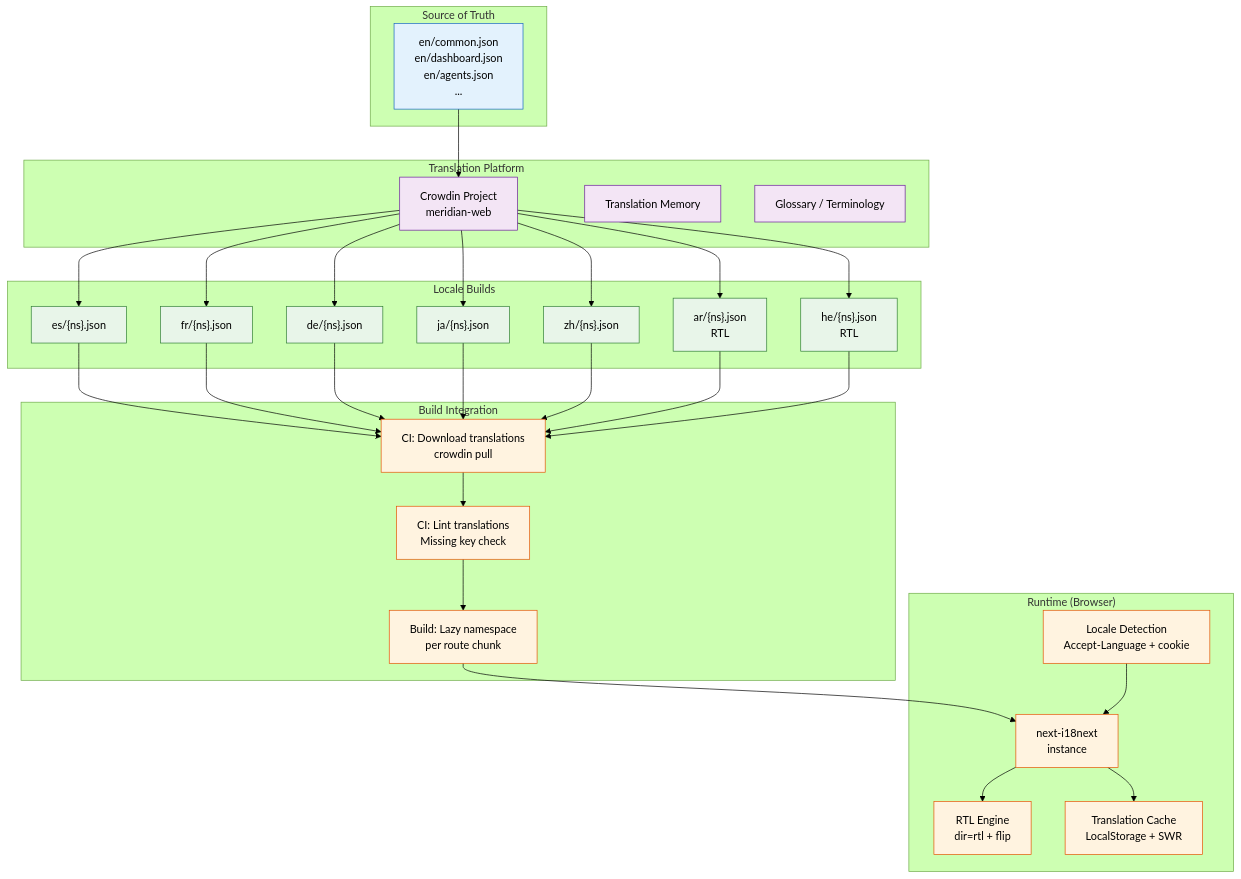
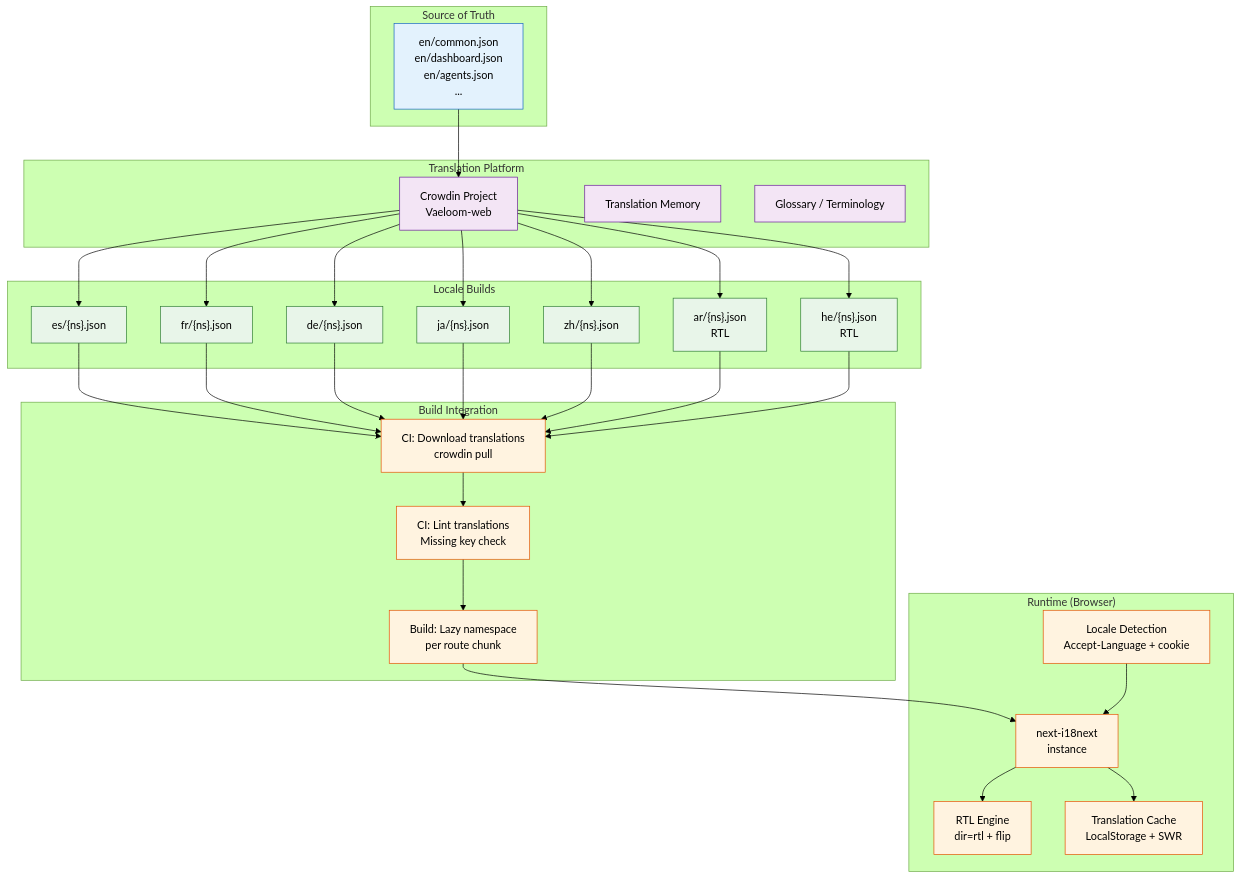
The first of 3 diagrams in Docs/Frontend/Internationalization.md (Driftloom/Vaeloom), drawn with Mermaid (forest theme) before and after one commit. The commit also changed other lines of this file and 249 other files, not shown here.

Commit message:
Rename all references from Meridian to Vaeloom across docs, scripts, and config

````diff
--- a/Docs/Frontend/Internationalization.md
+++ b/Docs/Frontend/Internationalization.md
@@ -16,54 +16,54 @@
 ```mermaid
 graph TD
     classDef source fill:#e3f2fd,stroke:#1565c0,color:#000
     classDef locale fill:#e8f5e9,stroke:#2e7d32,color:#000
     classDef infra fill:#fff3e0,stroke:#e65100,color:#000
     classDef tool fill:#f3e5f5,stroke:#6a1b9a,color:#000
 
     subgraph Source["Source of Truth"]
         EN["en/common.json<br/>en/dashboard.json<br/>en/agents.json<br/>..."]
     end
     
     subgraph Platform["Translation Platform"]
-        CD["Crowdin Project<br/>meridian-web"]
+        CD["Crowdin Project<br/>Vaeloom-web"]
         TM["Translation Memory"]
         GT["Glossary / Terminology"]
     end
     
     subgraph Locales["Locale Builds"]
         ES["es/{ns}.json"]
         FR["fr/{ns}.json"]
         DE["de/{ns}.json"]
         JA["ja/{ns}.json"]
         ZH["zh/{ns}.json"]
         AR["ar/{ns}.json<br/>RTL"]
         HE["he/{ns}.json<br/>RTL"]
     end
     
     subgraph Integration["Build Integration"]
         DL["CI: Download translations<br/>crowdin pull"]
         LINT["CI: Lint translations<br/>Missing key check"]
         BUILD["Build: Lazy namespace<br/>per route chunk"]
     end
     
     subgraph Runtime["Runtime (Browser)"]
         I18N["next-i18next<br/>instance"]
         DETECT["Locale Detection<br/>Accept-Language + cookie"]
         RTL["RTL Engine<br/>dir=rtl + flip"]
         CACHE["Translation Cache<br/>LocalStorage + SWR"]
     end
 
     EN --> CD
     CD --> ES & FR & DE & JA & ZH & AR & HE
     ES & FR & DE & JA & ZH & AR & HE --> DL --> LINT --> BUILD
     BUILD --> I18N
     DETECT --> I18N
     I18N --> RTL
     I18N --> CACHE
 
     class EN source
     class ES,FR,DE,JA,ZH,AR,HE locale
     class CD,TM,GT tool
     class DL,LINT,BUILD infra
     class I18N,DETECT,RTL,CACHE infra
 ```
````
